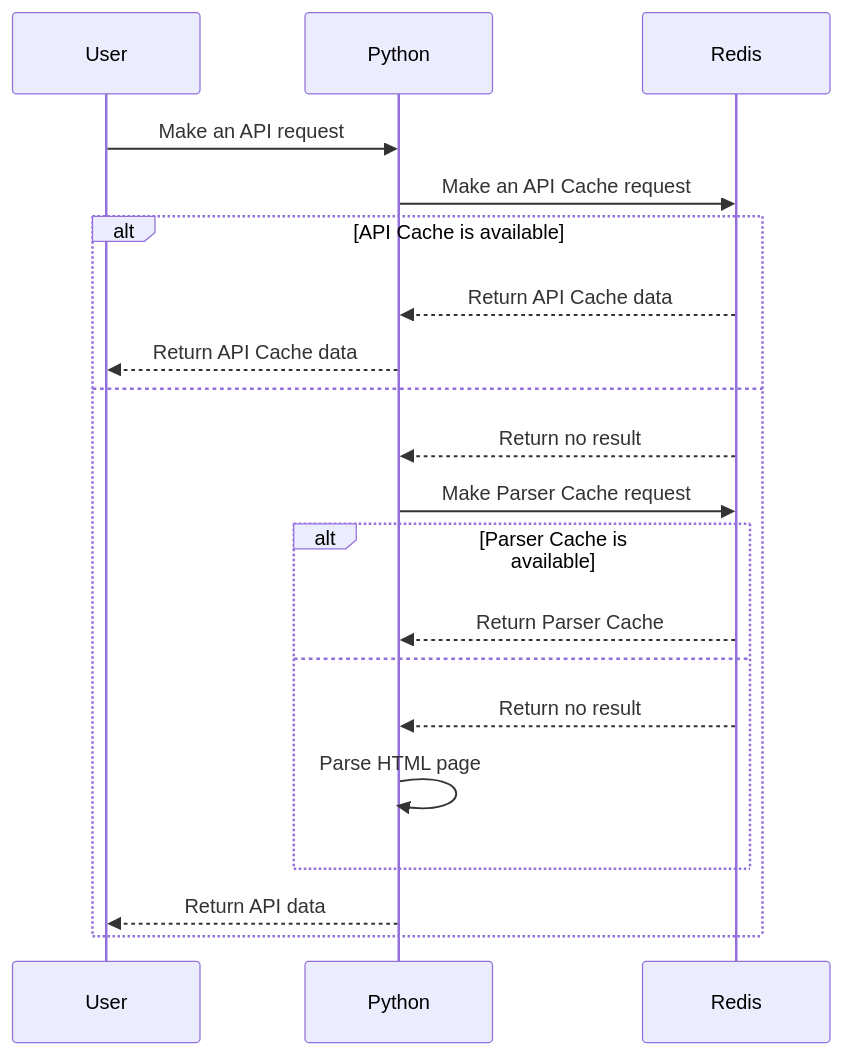
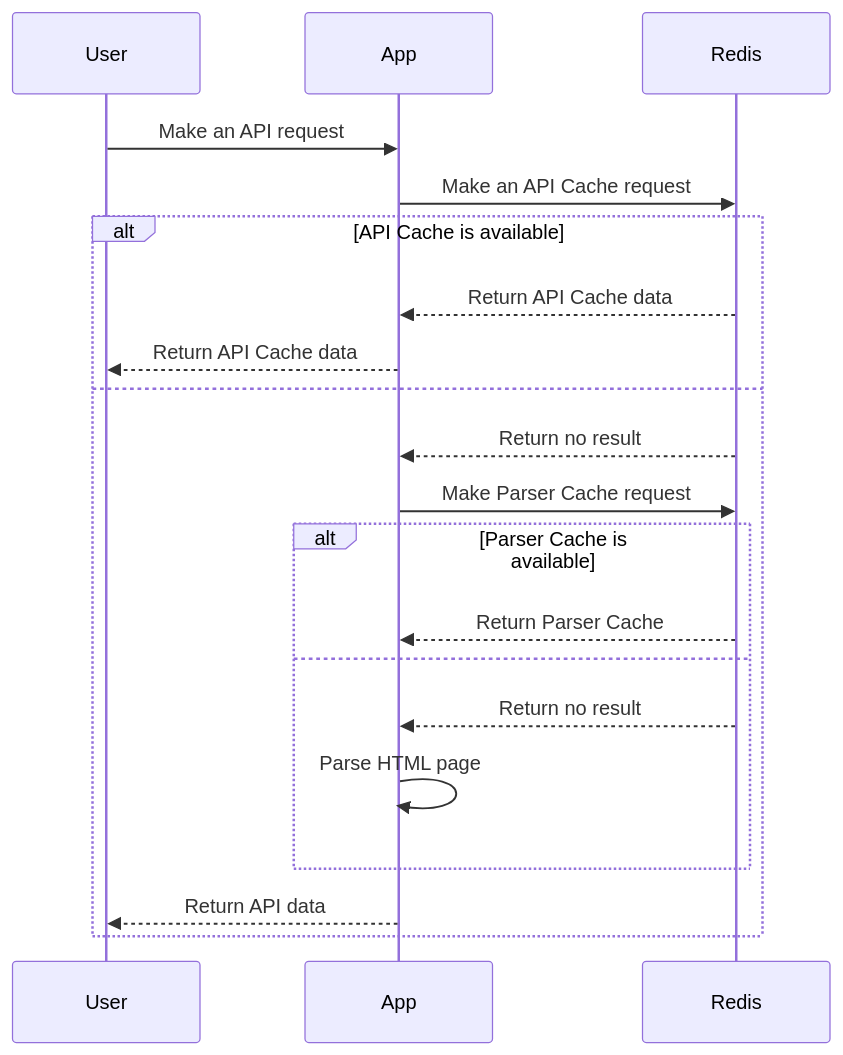
One commit to TeKrop/overfast-api changed the second of 3 diagrams in README.md. Above: the diagram before and after it, drawn with Mermaid. The commit also changed other lines of this file and 132 other files, not shown here.

````diff
--- a/README.md
+++ b/README.md
@@ -203,20 +201,20 @@
 ```mermaid
 sequenceDiagram
     participant User
-    User->>Python: Make an API request
-    Python->>Redis: Make an API Cache request
+    User->>App: Make an API request
+    App->>Redis: Make an API Cache request
     alt API Cache is available
-        Redis-->>Python: Return API Cache data
-        Python-->>User: Return API Cache data
+        Redis-->>App: Return API Cache data
+        App-->>User: Return API Cache data
     else
-        Redis-->>Python: Return no result
-        Python->>Redis: Make Parser Cache request
+        Redis-->>App: Return no result
+        App->>Redis: Make Parser Cache request
         alt Parser Cache is available
-            Redis-->>Python: Return Parser Cache
+            Redis-->>App: Return Parser Cache
         else
-            Redis-->>Python: Return no result
-            Python->>Python: Parse HTML page
+            Redis-->>App: Return no result
+            App->>App: Parse HTML page
         end
-        Python-->>User: Return API data
+        App-->>User: Return API data
     end
 ```
````
